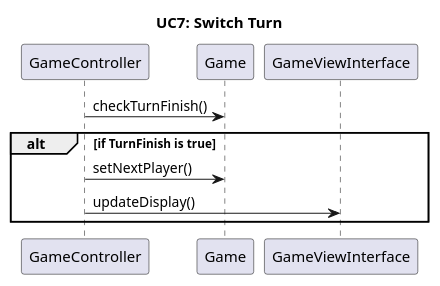
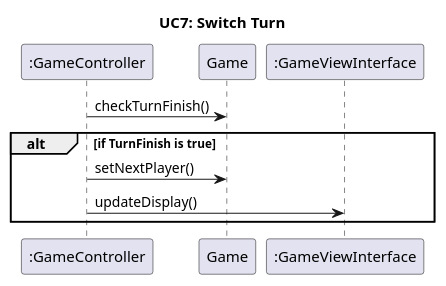
The diagram in UC7.puml (jack0928/SE-Term-Project-2025), drawn with PlantUML before and after one commit. The commit also changed 11 other files, not shown here.

Commit message:
docs: sequence diagram minor changed fixed and annotations have been added

```diff
--- a/UC7.puml
+++ b/UC7.puml
@@ -1,19 +1,19 @@
 @startuml
 title UC7: Switch Turn
 
 
-participant GameController
-participant Game
-participant GameViewInterface as View
+participant ":GameController" as GameController
+participant "Game" as Game
+participant ":GameViewInterface" as View
 
 
 GameController -> Game : checkTurnFinish()
 
 alt if TurnFinish is true
 	GameController -> Game : setNextPlayer()
 	GameController -> View : updateDisplay()
 end
 
 
 
 @enduml
```
